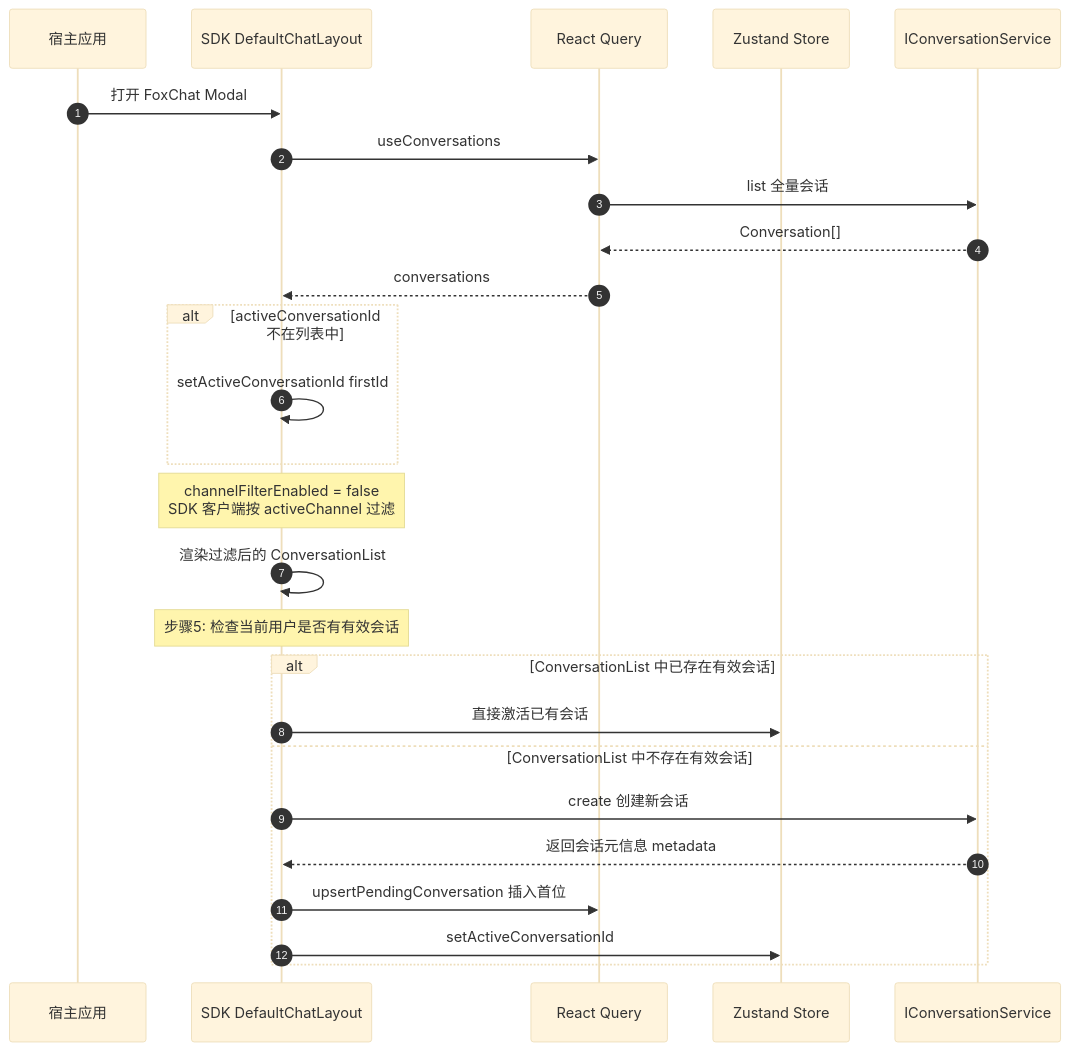
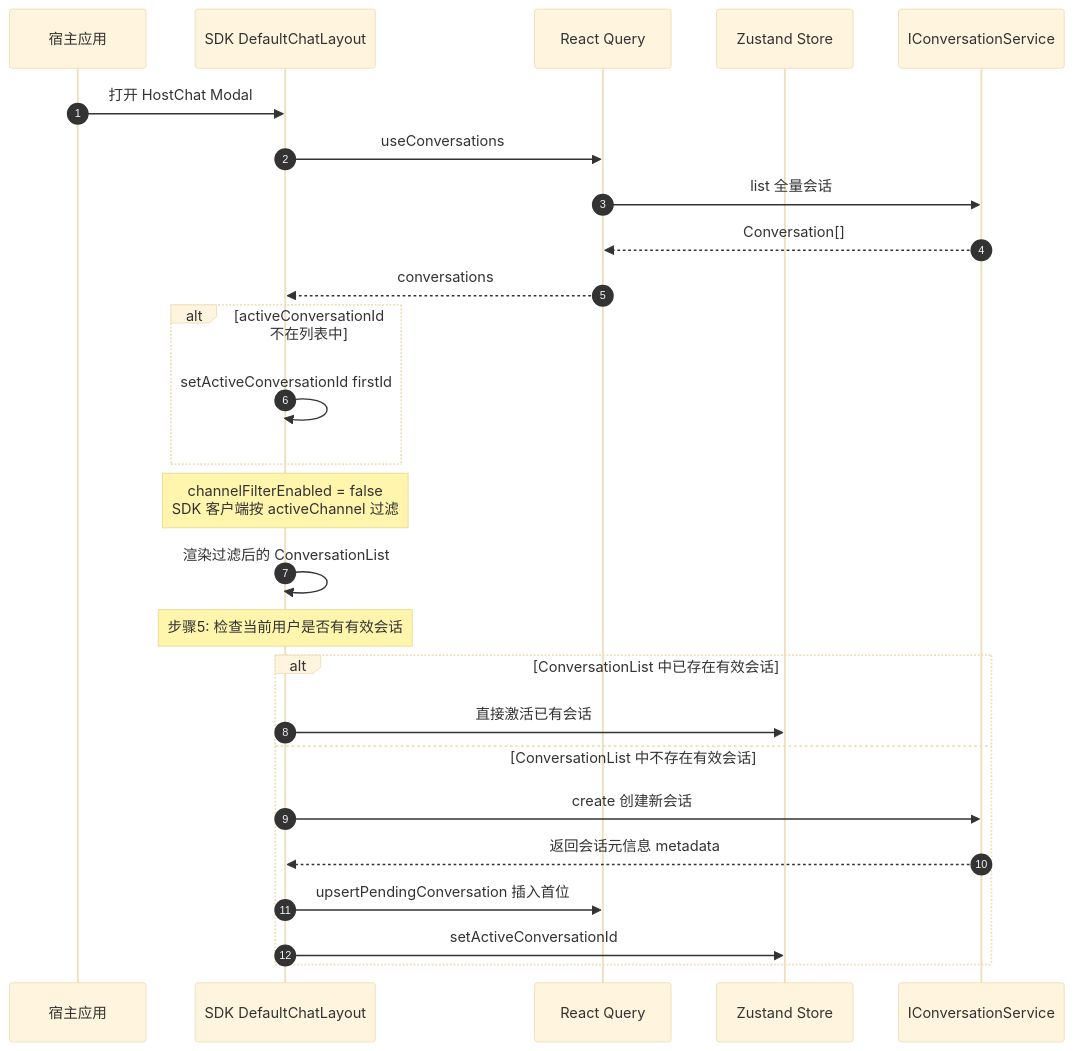
One commit to givingwu/bifrost-chat changed the first of 2 diagrams in specs/Conversation 数据流.md. Above: the diagram before and after it, drawn with Mermaid (base theme). The commit also changed other lines of this file and 53 other files, not shown here.

````diff
--- a/specs/Conversation 数据流.md
+++ b/specs/Conversation 数据流.md
@@ -40,32 +42,32 @@
 ```mermaid
 sequenceDiagram
     autonumber
     participant Host as 宿主应用
     participant SDK as SDK DefaultChatLayout
     participant RQ as React Query
     participant Store as Zustand Store
     participant Service as IConversationService
 
-    Host->>SDK: 打开 FoxChat Modal
+    Host->>SDK: 打开 HostChat Modal
     SDK->>RQ: useConversations
     RQ->>Service: list 全量会话
     Service-->>RQ: Conversation[]
     RQ-->>SDK: conversations
 
     alt activeConversationId 不在列表中
         SDK->>SDK: setActiveConversationId firstId
     end
 
     Note over SDK: channelFilterEnabled = false<br/>SDK 客户端按 activeChannel 过滤
     SDK->>SDK: 渲染过滤后的 ConversationList
 
     Note over SDK: 步骤5: 检查当前用户是否有有效会话
     alt ConversationList 中已存在有效会话
         SDK->>Store: 直接激活已有会话
     else ConversationList 中不存在有效会话
         SDK->>Service: create 创建新会话
         Service-->>SDK: 返回会话元信息 metadata
         SDK->>RQ: upsertPendingConversation 插入首位
         SDK->>Store: setActiveConversationId
     end
 ```
````
